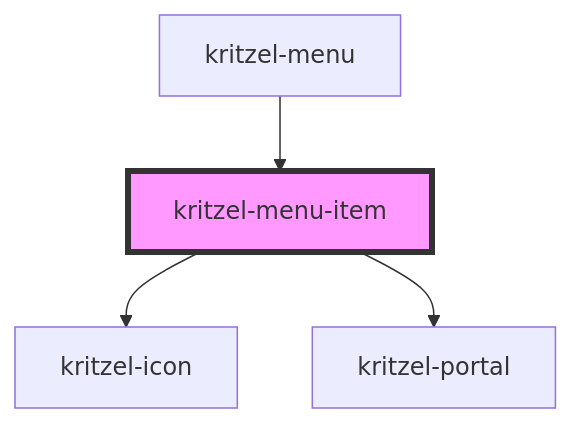
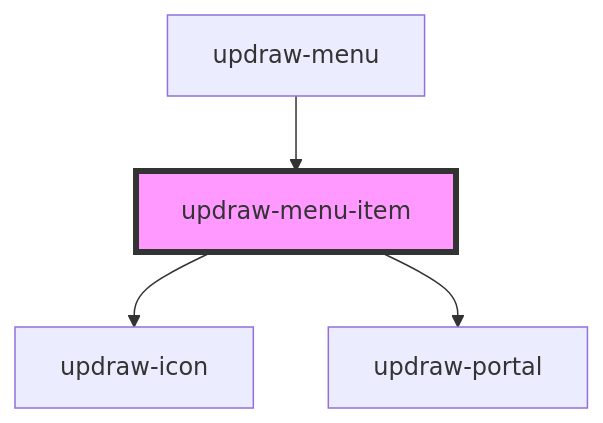
Before and after one commit to kasual1/kritzel: the diagram in libs/editor/core/src/components/updraw-menu-item/readme.md, drawn with Mermaid. The commit also changed other lines of this file and 1129 other files, not shown here.

First line of the commit message:
Replace kritzel with updraw across the codebase

````diff
--- a/libs/editor/core/src/components/updraw-menu-item/readme.md
+++ b/libs/editor/core/src/components/updraw-menu-item/readme.md
@@ -39,7 +39,7 @@
 ```mermaid
 graph TD;
-  kritzel-menu-item --> kritzel-icon
-  kritzel-menu-item --> kritzel-portal
-  kritzel-menu --> kritzel-menu-item
-  style kritzel-menu-item fill:#f9f,stroke:#333,stroke-width:4px
+  updraw-menu-item --> updraw-icon
+  updraw-menu-item --> updraw-portal
+  updraw-menu --> updraw-menu-item
+  style updraw-menu-item fill:#f9f,stroke:#333,stroke-width:4px
 ```
````
